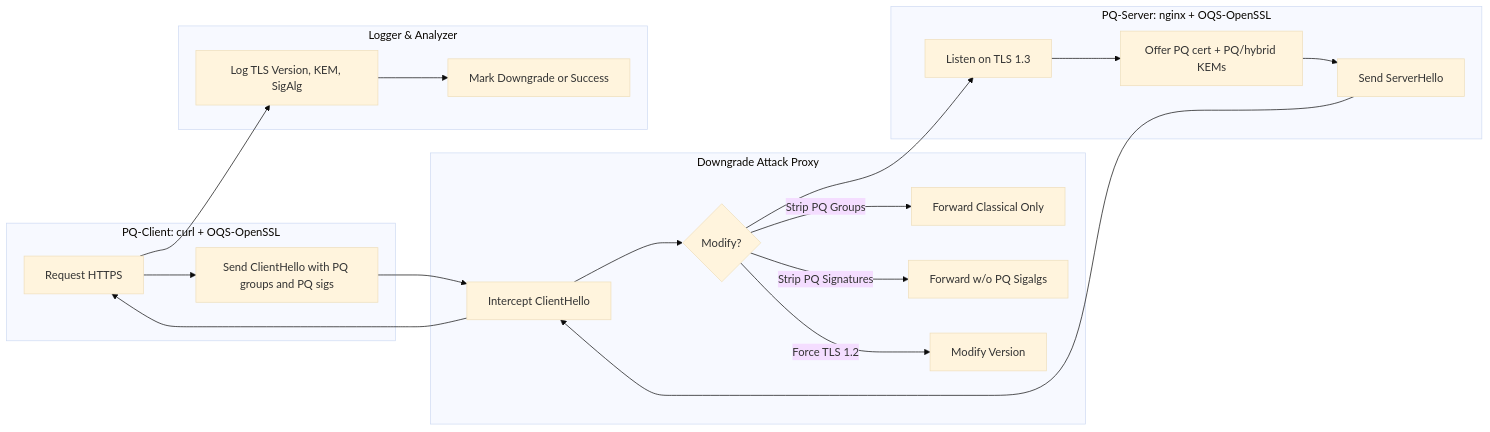
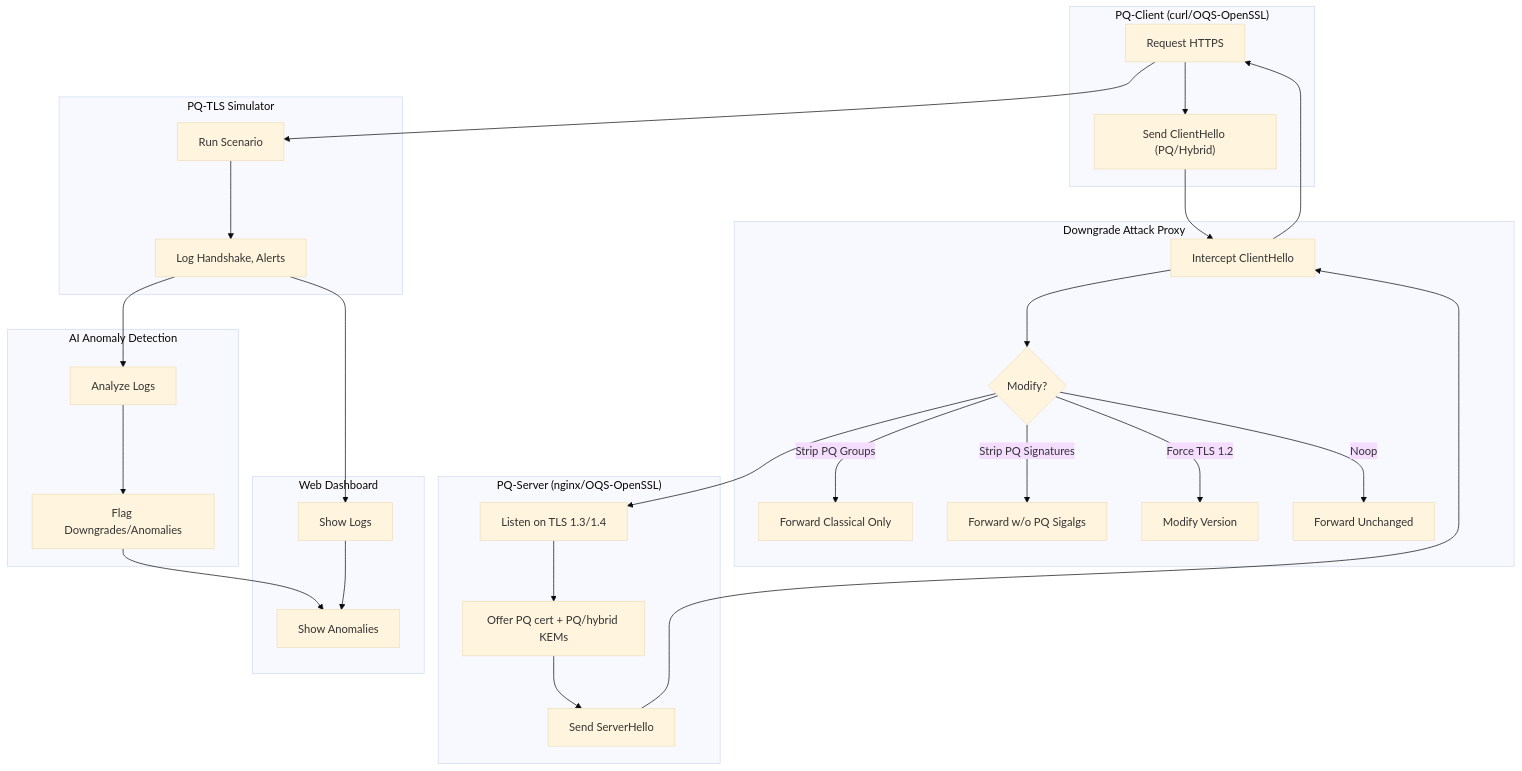
One commit to rdxkeerthi/Post-Quantum-TLS-Readiness-and-Downgrade-Attack-Simulator changed the second of 2 diagrams in README.md. Above: the diagram before and after it, drawn with Mermaid (base theme). The commit also changed other lines of this file, not shown here.

````diff
--- a/README.md
+++ b/README.md
@@ -40,30 +506,44 @@
 ```mermaid
-flowchart LR
-    subgraph Client["PQ-Client: curl + OQS-OpenSSL"]
+flowchart TD
+    subgraph Client["PQ-Client (curl/OQS-OpenSSL)"]
         C1["Request HTTPS"]
-        C2["Send ClientHello with PQ groups and PQ sigs"]
+        C2["Send ClientHello (PQ/Hybrid)"]
     end
 
     subgraph MITM["Downgrade Attack Proxy"]
         M1["Intercept ClientHello"]
         M2{"Modify?"}
         M2 -->|Strip PQ Groups| M3["Forward Classical Only"]
         M2 -->|Strip PQ Signatures| M4["Forward w/o PQ Sigalgs"]
         M2 -->|Force TLS 1.2| M5["Modify Version"]
+        M2 -->|Noop| M6["Forward Unchanged"]
     end
 
-    subgraph Server["PQ-Server: nginx + OQS-OpenSSL"]
-        S1["Listen on TLS 1.3"]
+    subgraph Server["PQ-Server (nginx/OQS-OpenSSL)"]
+        S1["Listen on TLS 1.3/1.4"]
         S2["Offer PQ cert + PQ/hybrid KEMs"]
         S3["Send ServerHello"]
     end
 
-    subgraph Reporter["Logger & Analyzer"]
-        R1["Log TLS Version, KEM, SigAlg"]
-        R2["Mark Downgrade or Success"]
+    subgraph Simulator["PQ-TLS Simulator"]
+        SIM1["Run Scenario"]
+        SIM2["Log Handshake, Alerts"]
+    end
+
+    subgraph Dashboard["Web Dashboard"]
+        D1["Show Logs"]
+        D2["Show Anomalies"]
+    end
+
+    subgraph AI["AI Anomaly Detection"]
+        AI1["Analyze Logs"]
+        AI2["Flag Downgrades/Anomalies"]
     end
 
     C1 --> C2 --> M1 --> M2 --> S1
     S1 --> S2 --> S3 --> M1 --> C1
-    C1 --> R1 --> R2
+    C1 --> SIM1
+    SIM1 --> SIM2 --> D1
+    SIM2 --> AI1 --> AI2 --> D2
+    D1 --> D2
 ```
````
